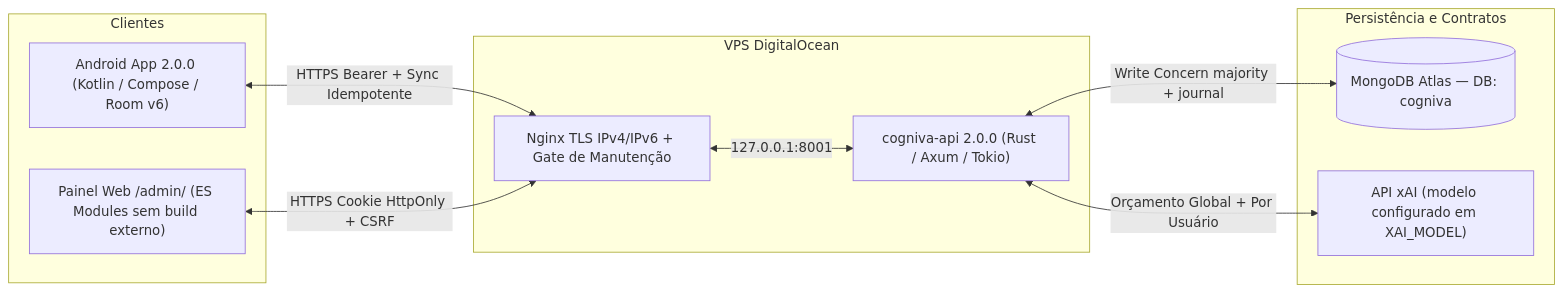
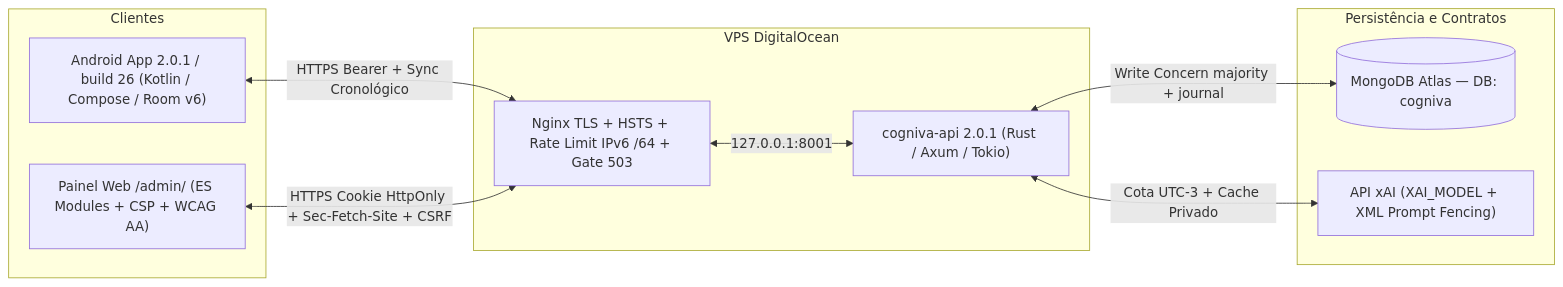
Before and after one commit to danielcdes-create/cogniva: the diagram in docs/ARQUITETURA.md, drawn with Mermaid. The commit also changed other lines of this file and 94 other files, not shown here.

Commit message:
release: 2.0.1 (build 26) — blindagem estrutural, LGPD Art. 18, WCAG AA e endurecimento OTA/CI

````diff
--- a/docs/ARQUITETURA.md
+++ b/docs/ARQUITETURA.md
@@ -9,23 +9,23 @@
 ```mermaid
 flowchart LR
   subgraph Clientes
-    AND["Android App 2.0.0 (Kotlin / Compose / Room v6)"]
-    ADM["Painel Web /admin/ (ES Modules sem build externo)"]
+    AND["Android App 2.0.1 / build 26 (Kotlin / Compose / Room v6)"]
+    ADM["Painel Web /admin/ (ES Modules + CSP + WCAG AA)"]
   end
 
   subgraph Servidor["VPS DigitalOcean"]
-    NGX["Nginx TLS IPv4/IPv6 + Gate de Manutenção"]
-    API["cogniva-api 2.0.0 (Rust / Axum / Tokio)"]
+    NGX["Nginx TLS + HSTS + Rate Limit IPv6 /64 + Gate 503"]
+    API["cogniva-api 2.0.1 (Rust / Axum / Tokio)"]
   end
 
   subgraph Dados["Persistência e Contratos"]
     MDB[("MongoDB Atlas — DB: cogniva")]
-    XAI["API xAI (modelo configurado em XAI_MODEL)"]
+    XAI["API xAI (XAI_MODEL + XML Prompt Fencing)"]
   end
 
-  AND <-->|"HTTPS Bearer + Sync Idempotente"| NGX
-  ADM <-->|"HTTPS Cookie HttpOnly + CSRF"| NGX
+  AND <-->|"HTTPS Bearer + Sync Cronológico"| NGX
+  ADM <-->|"HTTPS Cookie HttpOnly + Sec-Fetch-Site + CSRF"| NGX
   NGX <-->|"127.0.0.1:8001"| API
   API <-->|"Write Concern majority + journal"| MDB
-  API <-->|"Orçamento Global + Por Usuário"| XAI
+  API <-->|"Cota UTC-3 + Cache Privado"| XAI
 ```
````
